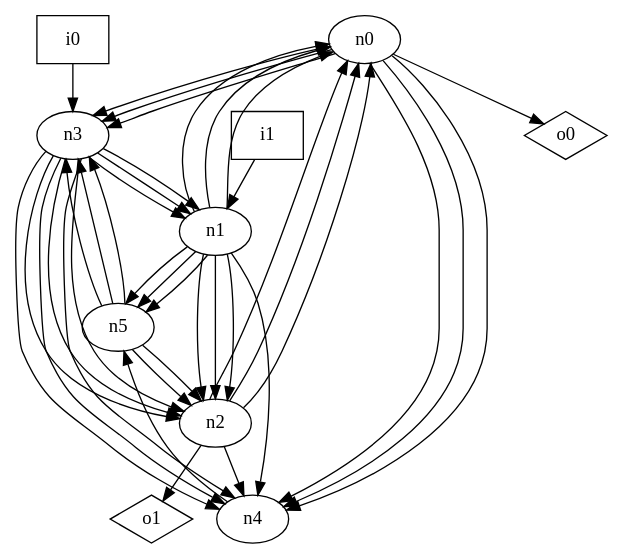
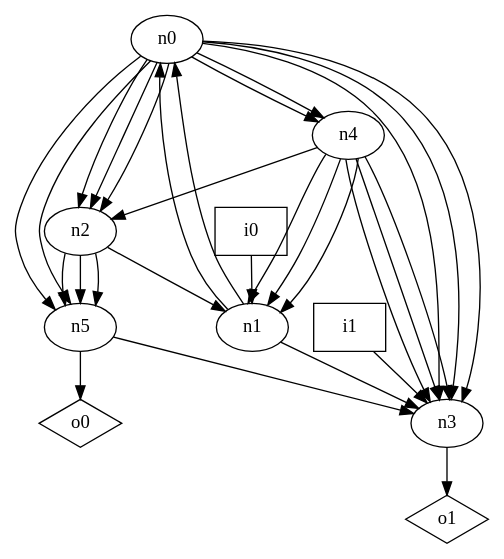
The diagram in dot_files/random_graph/oriented_loop_free_graph.dot (p9romain/bool-circuits), drawn with Graphviz before and after one commit. The commit also changed 70 other files, not shown here.

```diff
--- a/dot_files/random_graph/oriented_loop_free_graph.dot
+++ b/dot_files/random_graph/oriented_loop_free_graph.dot
@@ -1,51 +1,41 @@
 digraph G {
 n0 [label="n0"];
 n1 [label="n1"];
 n2 [label="n2"];
 n3 [label="n3"];
 n4 [label="n4"];
 n5 [label="n5"];
 n6 [label="i0",shape="box"];
 n7 [label="i1",shape="box"];
 n8 [label="o0",shape="diamond"];
 n9 [label="o1",shape="diamond"];
+n0 -> n2
+n0 -> n2
+n0 -> n2
 n0 -> n3
 n0 -> n3
 n0 -> n3
 n0 -> n4
 n0 -> n4
-n0 -> n4
-n0 -> n8
+n0 -> n5
+n0 -> n5
 n1 -> n0
 n1 -> n0
-n1 -> n0
-n1 -> n2
-n1 -> n2
-n1 -> n2
-n1 -> n4
-n1 -> n5
-n1 -> n5
-n1 -> n5
-n2 -> n0
-n2 -> n0
-n2 -> n0
-n2 -> n4
-n2 -> n9
-n3 -> n1
-n3 -> n1
-n3 -> n1
-n3 -> n2
-n3 -> n2
-n3 -> n2
-n3 -> n4
-n3 -> n4
-n3 -> n4
-n4 -> n5
-n5 -> n2
-n5 -> n2
+n1 -> n3
+n2 -> n1
+n2 -> n5
+n2 -> n5
+n2 -> n5
+n3 -> n9
+n4 -> n1
+n4 -> n1
+n4 -> n1
+n4 -> n2
+n4 -> n3
+n4 -> n3
+n4 -> n3
 n5 -> n3
-n5 -> n3
-n5 -> n3
-n6 -> n3
-n7 -> n1
+n5 -> n8
+n6 -> n1
+n7 -> n3
 }
```
